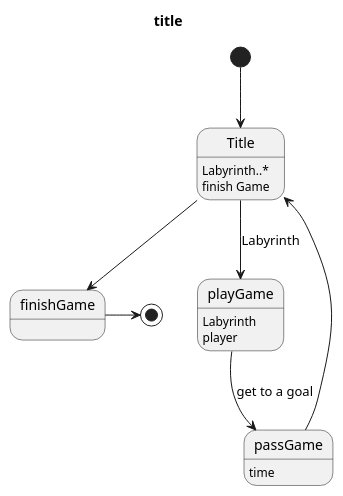
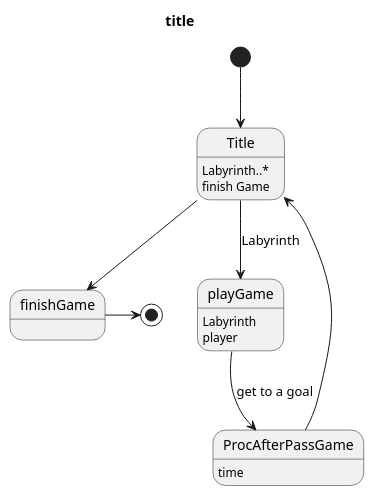
Before and after one commit to horiyoshihiro/LabyrinthGame: the diagram in StateMachine.pu, drawn with PlantUML. The commit also changed 13 other files, not shown here.

```diff
--- a/StateMachine.pu
+++ b/StateMachine.pu
@@ -1,24 +1,24 @@
 @startuml
 title title
 [*] --> Title
 
 Title --> finishGame
 Title --> playGame : Labyrinth
 
-playGame --> passGame : get to a goal
-passGame --> Title
+playGame --> ProcAfterPassGame : get to a goal
+ProcAfterPassGame --> Title
 
 finishGame -> [*]
 
 
 
 Title :Labyrinth..*
 Title : finish Game
 
 playGame : Labyrinth
 playGame : player
 
-passGame : time
+ProcAfterPassGame : time
 
 
 @enduml
```
